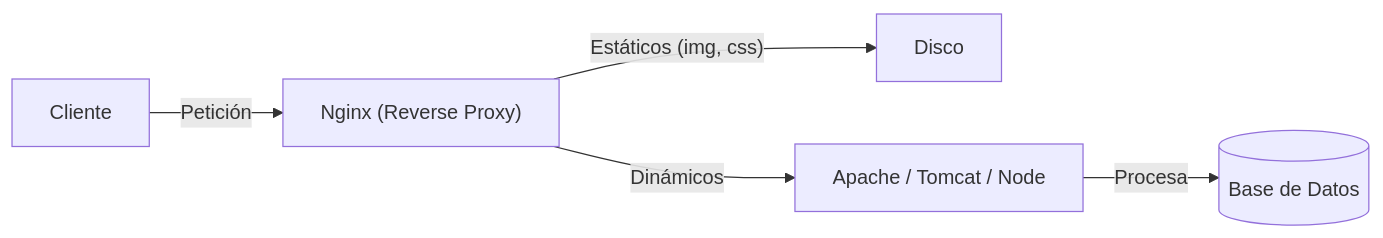
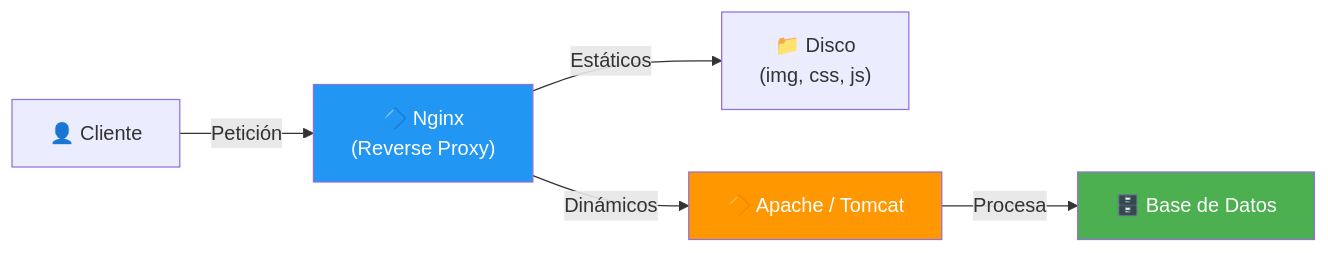
One commit to joseluisgs/DesarrolloWebEntornosServidor-01-2026-2027 changed the second of 4 diagrams in 08-servidores-web.md. Above: the diagram before and after it, drawn with Mermaid. The commit also changed other lines of this file and 8 other files, not shown here.

````diff
--- a/08-servidores-web.md
+++ b/08-servidores-web.md
@@ -28,7 +170,11 @@
 ```mermaid
 graph LR
-    C[Cliente] -->|Petición| N["Nginx (Reverse Proxy)"]
-    N -->|"Estáticos (img, css)"| D[Disco]
-    N -->|Dinámicos| A["Apache / Tomcat / Node"]
-    A -->|Procesa| DB[(Base de Datos)]
+    C["👤 Cliente"] -->|"Petición"| N["🔷 Nginx<br/>(Reverse Proxy)"]
+    N -->|"Estáticos"| D["📁 Disco<br/>(img, css, js)"]
+    N -->|"Dinámicos"| A["🔶 Apache / Tomcat"]
+    A -->|"Procesa"| DB["🗄️ Base de Datos"]
+
+    style N fill:#2196F3,color:#fff
+    style A fill:#FF9800,color:#fff
+    style DB fill:#4CAF50,color:#fff
 ```
````
